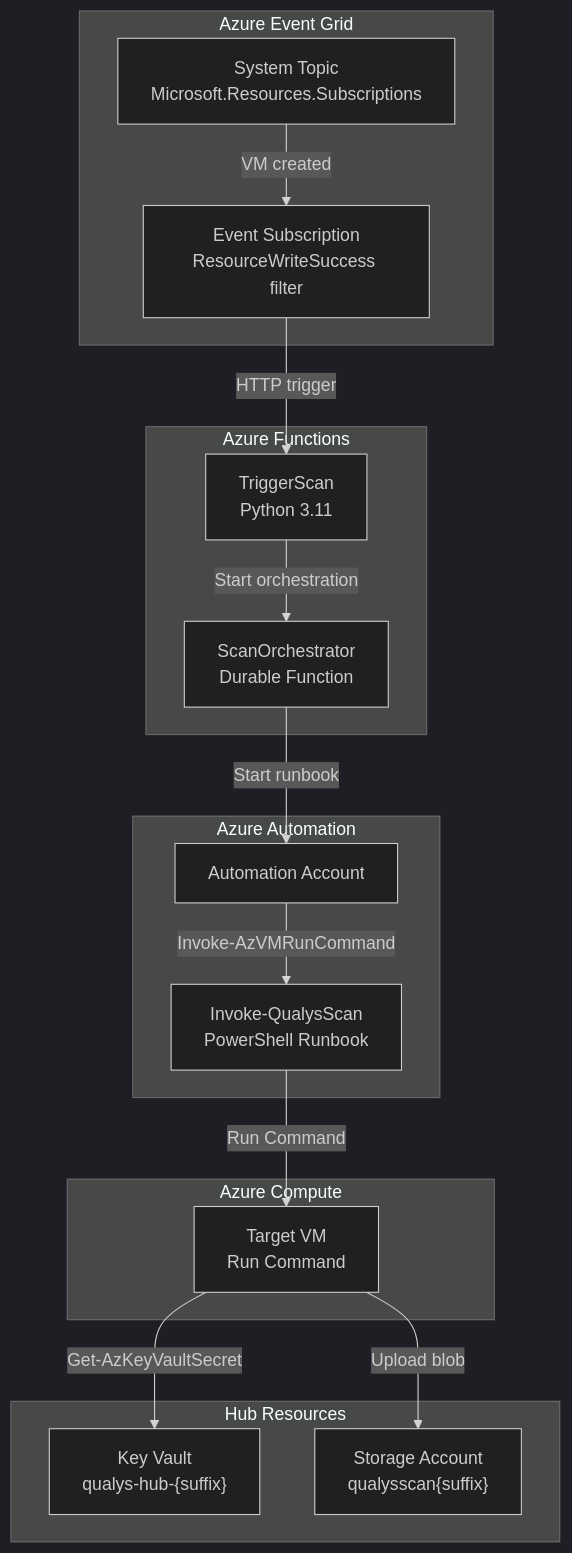
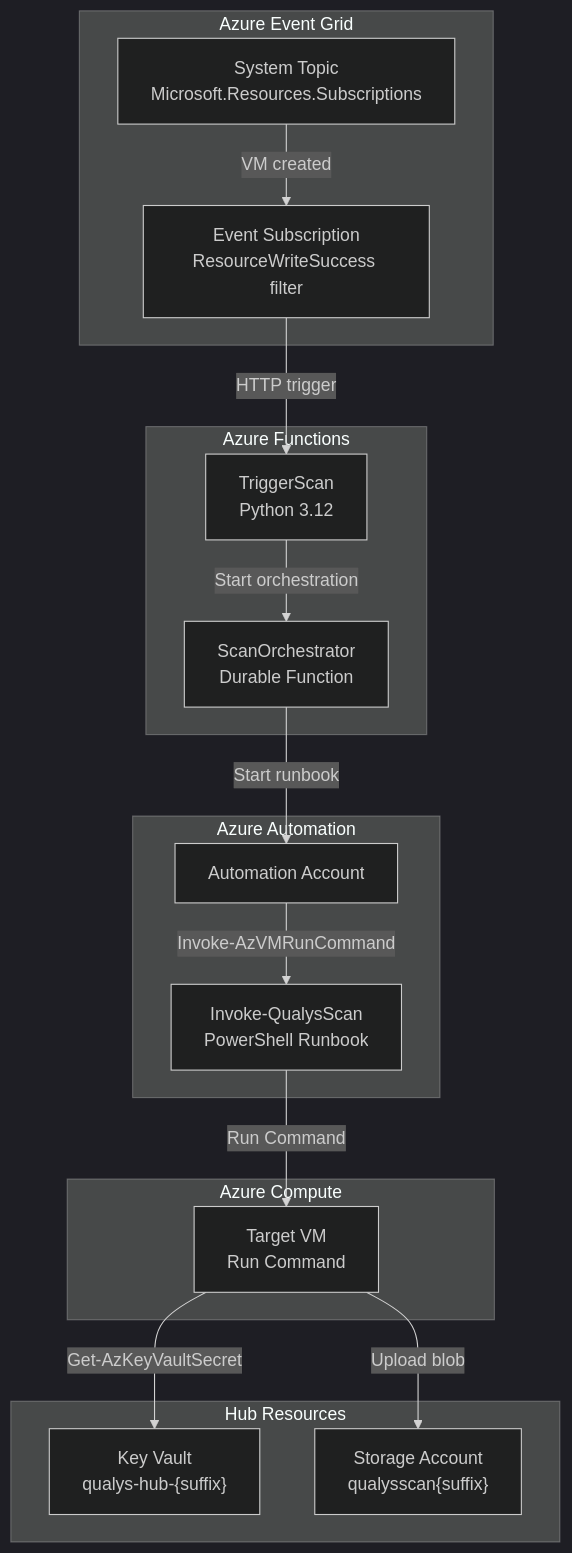
The tenth of 16 diagrams in docs/technical-blog.md (nelssec/qualys-ssm), drawn with Mermaid (dark theme) before and after one commit. The commit also changed other lines of this file and 5 other files, not shown here.

````diff
--- a/docs/technical-blog.md
+++ b/docs/technical-blog.md
@@ -274,35 +274,35 @@
 ```mermaid
 flowchart TB
     subgraph EventGrid["Azure Event Grid"]
         Topic["System Topic<br/>Microsoft.Resources.Subscriptions"]
         Sub["Event Subscription<br/>ResourceWriteSuccess filter"]
     end
 
     subgraph Functions["Azure Functions"]
-        Trigger["TriggerScan<br/>Python 3.11"]
+        Trigger["TriggerScan<br/>Python 3.12"]
         Orchestrator["ScanOrchestrator<br/>Durable Function"]
     end
 
     subgraph Automation["Azure Automation"]
         Account["Automation Account"]
         Runbook["Invoke-QualysScan<br/>PowerShell Runbook"]
     end
 
     subgraph Compute["Azure Compute"]
         VM["Target VM<br/>Run Command"]
     end
 
     subgraph Hub["Hub Resources"]
         KeyVault["Key Vault<br/>qualys-hub-{suffix}"]
         Storage["Storage Account<br/>qualysscan{suffix}"]
     end
 
     Topic -->|"VM created"| Sub
     Sub -->|"HTTP trigger"| Trigger
     Trigger -->|"Start orchestration"| Orchestrator
     Orchestrator -->|"Start runbook"| Account
     Account -->|"Invoke-AzVMRunCommand"| Runbook
     Runbook -->|"Run Command"| VM
     VM -->|"Get-AzKeyVaultSecret"| KeyVault
     VM -->|"Upload blob"| Storage
 ```
````
